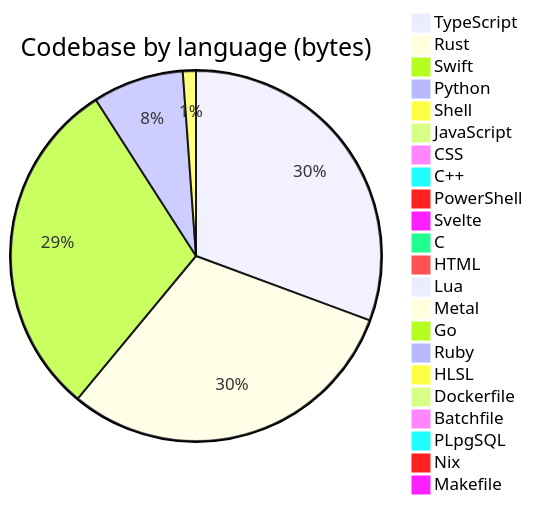
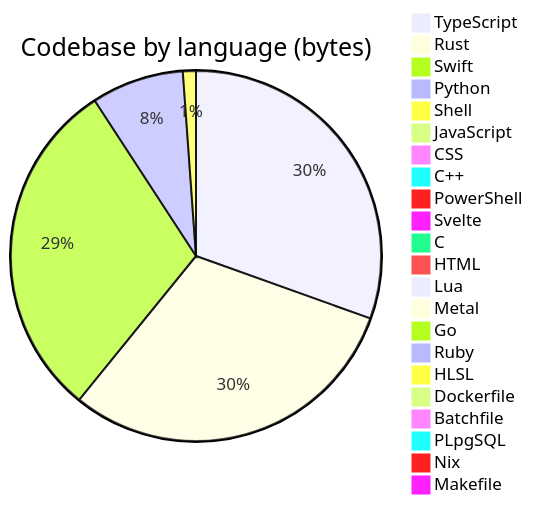
One commit to Open330/.github changed the diagram in profile/README.md. Above: the diagram before and after it, drawn with Mermaid. The commit also changed other lines of this file and 1 other file, not shown here.

````diff
--- a/profile/README.md
+++ b/profile/README.md
@@ -139,25 +139,25 @@
 ```mermaid
 pie title Codebase by language (bytes)
-    "TypeScript" : 39095646
-    "Rust" : 38745706
-    "Swift" : 38152996
-    "Python" : 10124510
-    "Shell" : 1456181
-    "JavaScript" : 986245
+    "TypeScript" : 39094206
+    "Rust" : 38975056
+    "Swift" : 38417823
+    "Python" : 10330349
+    "Shell" : 1459815
+    "JavaScript" : 986583
     "CSS" : 507754
     "C++" : 388775
     "PowerShell" : 333788
     "Svelte" : 275766
     "C" : 197825
-    "HTML" : 168440
+    "HTML" : 168435
     "Lua" : 48814
     "Metal" : 33192
     "Go" : 22811
-    "Ruby" : 8992
+    "Ruby" : 8988
     "HLSL" : 7527
     "Dockerfile" : 7454
     "Batchfile" : 5660
     "PLpgSQL" : 5283
     "Nix" : 3168
     "Makefile" : 1692
 ```
````
